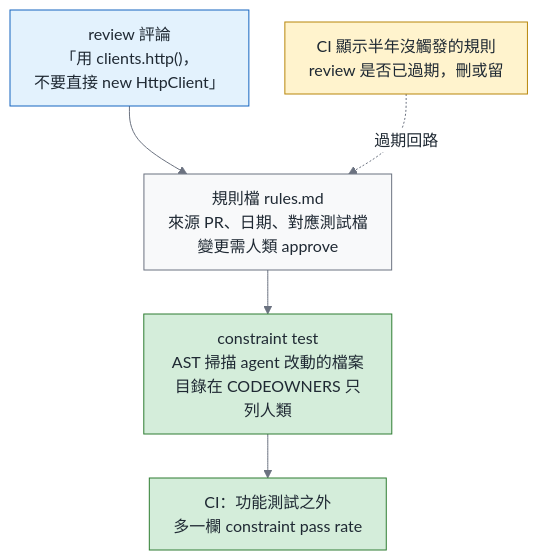
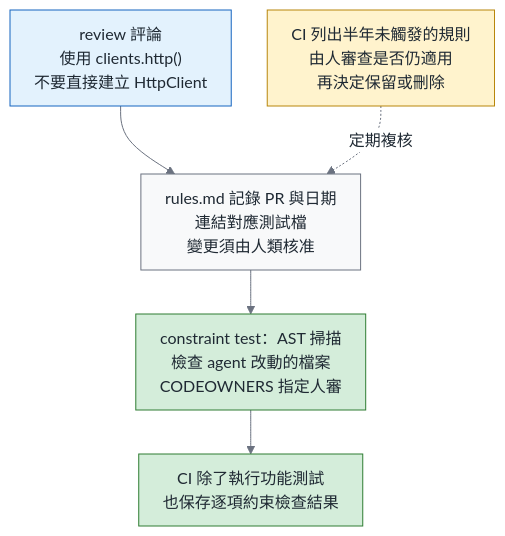
Before and after one commit to fantasybz/medium-articles: the first of 4 diagrams in 2026-10-green-reliability/article.md, drawn with Mermaid. The commit also changed other lines of this file and 23 other files, not shown here.

````diff
--- a/2026-10-green-reliability/article.md
+++ b/2026-10-green-reliability/article.md
@@ -125,38 +127,38 @@
 ```mermaid
 ---
 config:
   theme: base
   themeVariables:
     fontSize: 16px
     primaryColor: "#f8f9fa"
     primaryTextColor: "#1f2933"
     primaryBorderColor: "#6b7280"
     lineColor: "#6b7280"
     secondaryColor: "#f8f9fa"
     tertiaryColor: "#ffffff"
     clusterBkg: "#ffffff"
     clusterBorder: "#9ca3af"
     edgeLabelBackground: "#ffffff"
   flowchart:
     nodeSpacing: 36
     rankSpacing: 44
     padding: 12
     htmlLabels: true
     subGraphTitleMargin:
       top: 8
       bottom: 12
     curve: basis
 ---
 flowchart TB
     classDef own fill:#d4edda,stroke:#2e7d32,color:#1f2933
     classDef buy fill:#fff3cd,stroke:#b8860b,color:#1f2933
     classDef bad fill:#ffe0e0,stroke:#c0392b,color:#1f2933
     classDef human fill:#e3f2fd,stroke:#1565c0,color:#1f2933
-    A["review 評論<br/>「用 clients.http()，<br/>不要直接 new HttpClient」"] --> B["規則檔 rules.md<br/>來源 PR、日期、對應測試檔<br/>變更需人類 approve"]
-    E["CI 顯示半年沒觸發的規則<br/>review 是否已過期，刪或留"] -.->|過期回路| B
-    B --> C["constraint test<br/>AST 掃描 agent 改動的檔案<br/>目錄在 CODEOWNERS 只列人類"]
-    C --> D["CI：功能測試之外<br/>多一欄 constraint pass rate"]
+    A["review 評論<br/>使用 clients.http()<br/>不要直接建立 HttpClient"] --> B["rules.md 記錄 PR 與日期<br/>連結對應測試檔<br/>變更須由人類核准"]
+    E["CI 列出半年未觸發的規則<br/>由人審查是否仍適用<br/>再決定保留或刪除"] -.->|定期複核| B
+    B --> C["constraint test：AST 掃描<br/>檢查 agent 改動的檔案<br/>CODEOWNERS 指定人審"]
+    C --> D["CI 除了執行功能測試<br/>也保存逐項約束檢查結果"]
     class A human
     class C,D own
     class E buy
 ```
````
